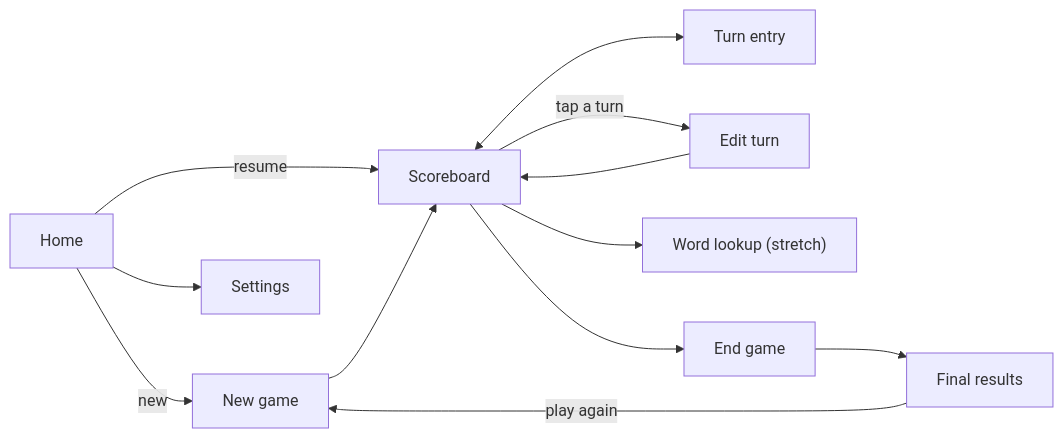
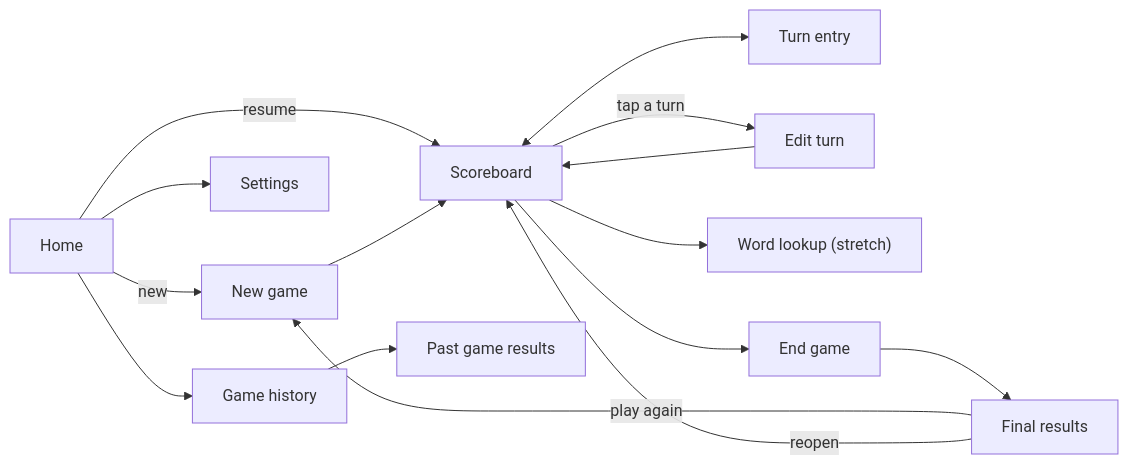
One commit to Macavitymadcap/scrabble-scorer changed the first of 2 diagrams in docs/DESIGN.md. Above: the diagram before and after it, drawn with Mermaid. The commit also changed other lines of this file and 78 other files, not shown here.

First line of the commit message:
feat: add end game, results and game history (#7)

````diff
--- a/docs/DESIGN.md
+++ b/docs/DESIGN.md
@@ -153,14 +153,17 @@
 ```mermaid
 flowchart LR
   Home -->|new| NewGame[New game]
   Home -->|resume| Scoreboard
   NewGame --> Scoreboard
   Scoreboard <--> TurnEntry[Turn entry]
   Scoreboard -->|tap a turn| EditTurn[Edit turn]
   EditTurn --> Scoreboard
   Scoreboard --> Lookup["Word lookup (stretch)"]
   Home --> Settings
   Scoreboard --> EndGame[End game]
   EndGame --> Results[Final results]
   Results -->|play again| NewGame
+  Results -->|reopen| Scoreboard
+  Home --> History[Game history]
+  History --> PastGame[Past game results]
 ```
````
